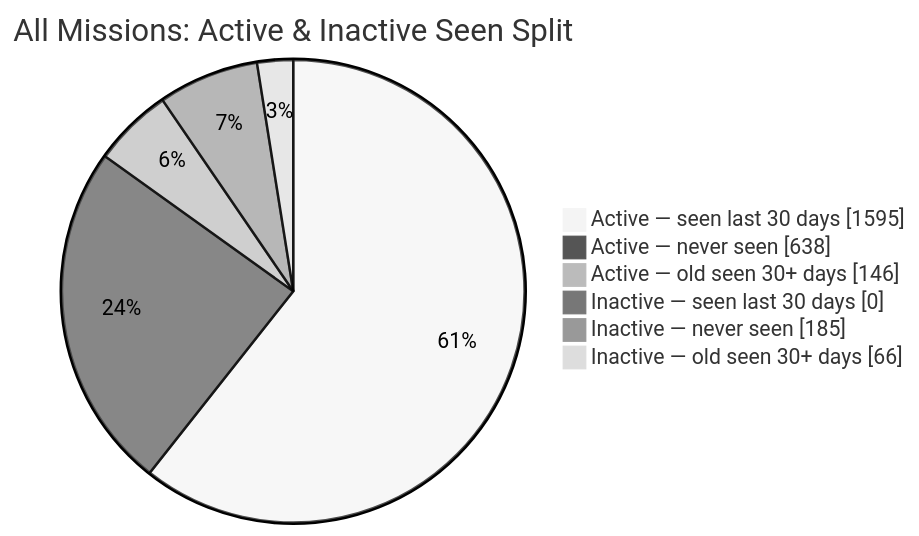
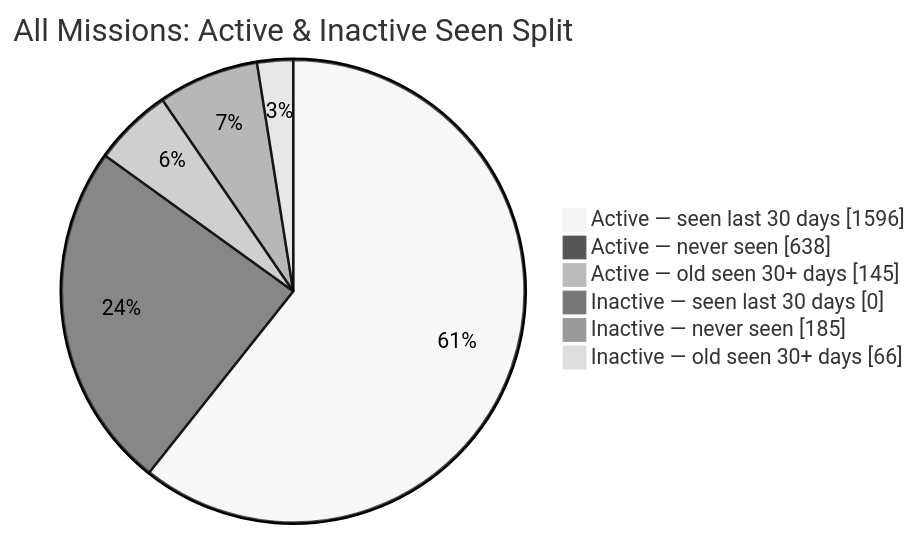
The second of 2 diagrams in README.md (MeldkamerspelGameTeam/active-missions), drawn with Mermaid (neutral theme) before and after one commit. The commit also changed other lines of this file and 7 other files, not shown here.

````diff
--- a/README.md
+++ b/README.md
@@ -44,10 +44,10 @@
 ```mermaid
 pie showData
     title All Missions: Active & Inactive Seen Split
-    "Active — seen last 30 days" : 1595
+    "Active — seen last 30 days" : 1596
     "Active — never seen" : 638
-    "Active — old seen 30+ days" : 146
+    "Active — old seen 30+ days" : 145
     "Inactive — seen last 30 days" : 0
     "Inactive — never seen" : 185
     "Inactive — old seen 30+ days" : 66
 ```
````
